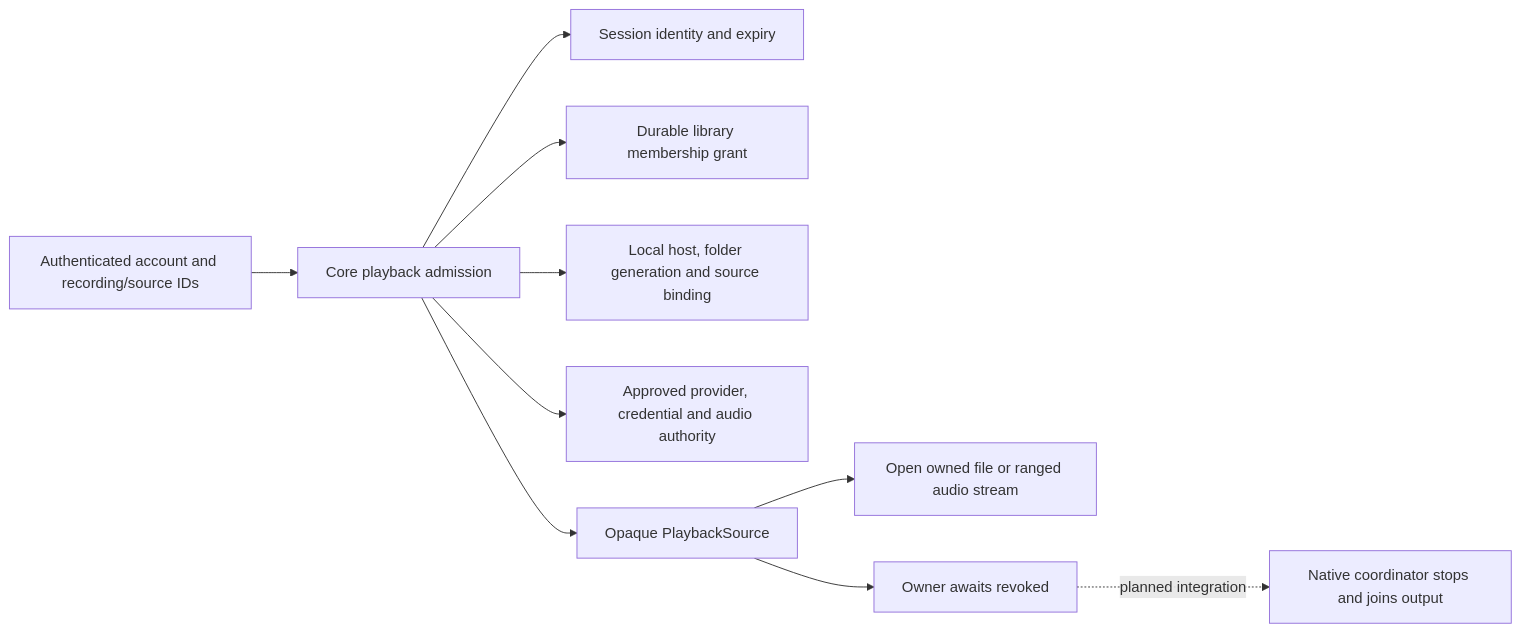
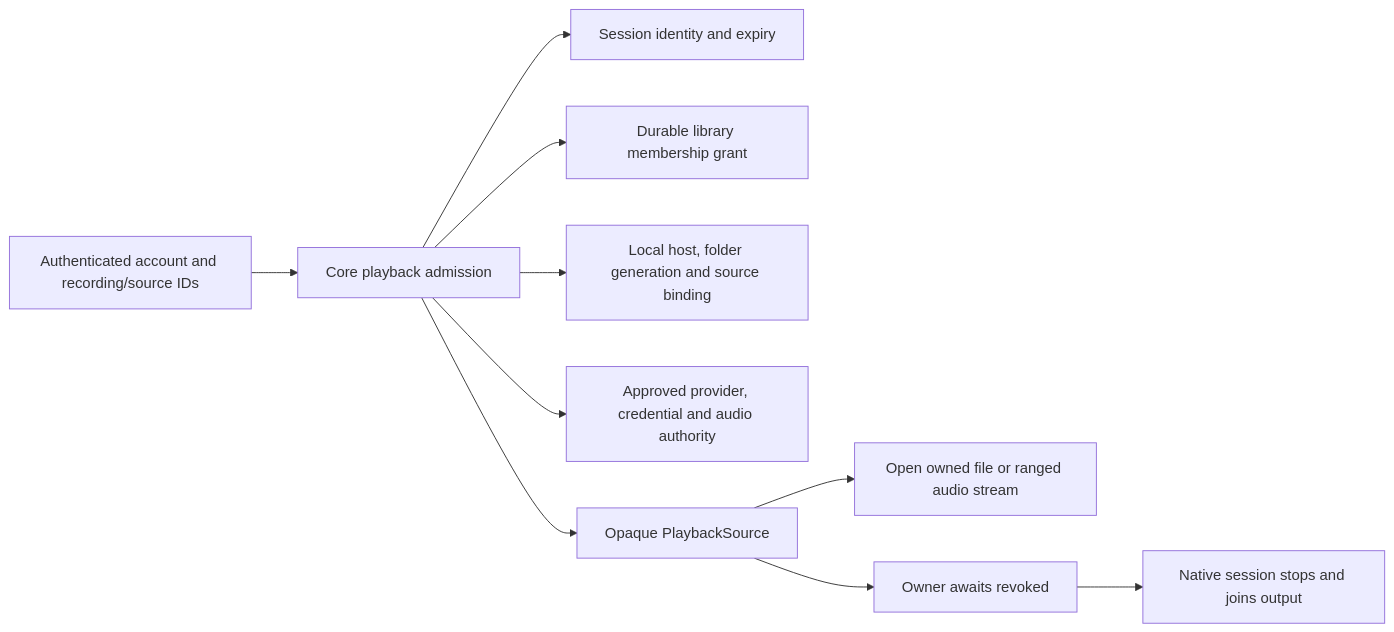
The diagram in docs/playback-access.md (acidiney/hitoapp), drawn with Mermaid before and after one commit. The commit also changed other lines of this file and 7 other files, not shown here.

````diff
--- a/docs/playback-access.md
+++ b/docs/playback-access.md
@@ -7,12 +7,12 @@
 ```mermaid
 flowchart LR
   Request[Authenticated account and recording/source IDs] --> Catalog[Core playback admission]
   Catalog --> Session[Session identity and expiry]
   Catalog --> Membership[Durable library membership grant]
   Catalog --> Local[Local host, folder generation and source binding]
   Catalog --> Provider[Approved provider, credential and audio authority]
   Catalog --> Grant[Opaque PlaybackSource]
   Grant --> Open[Open owned file or ranged audio stream]
   Grant --> Watch[Owner awaits revoked]
-  Watch -. planned integration .-> Stop[Native coordinator stops and joins output]
+  Watch --> Stop[Native session stops and joins output]
 ```
````
